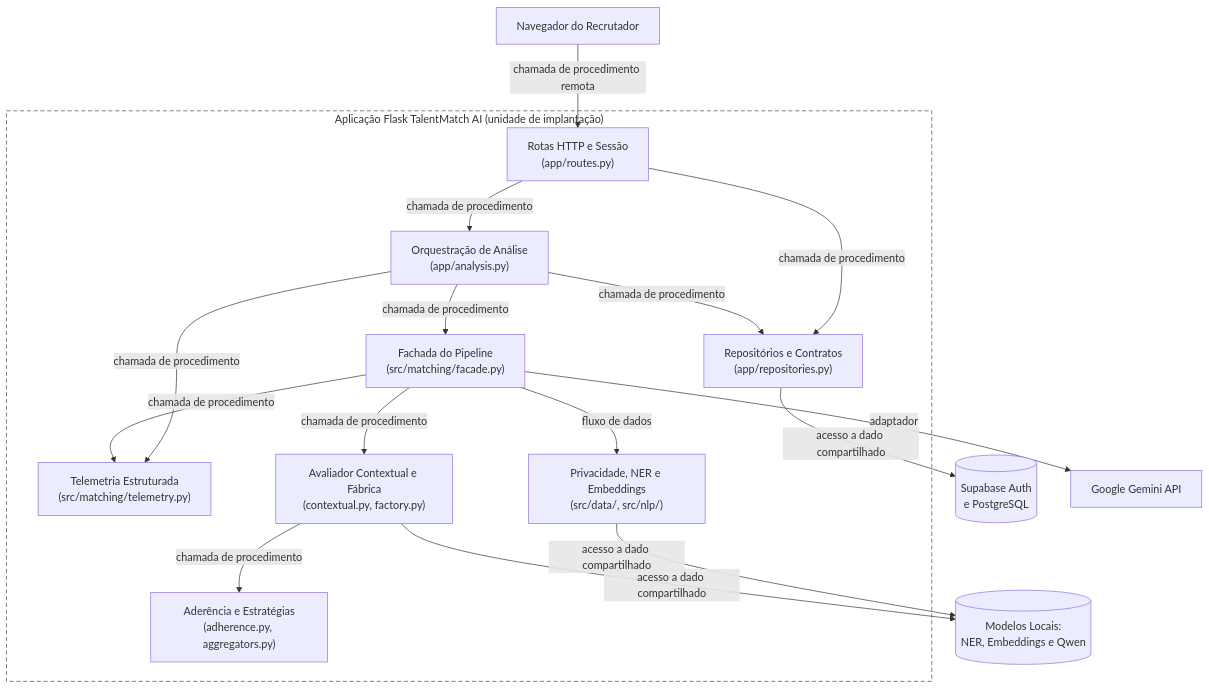
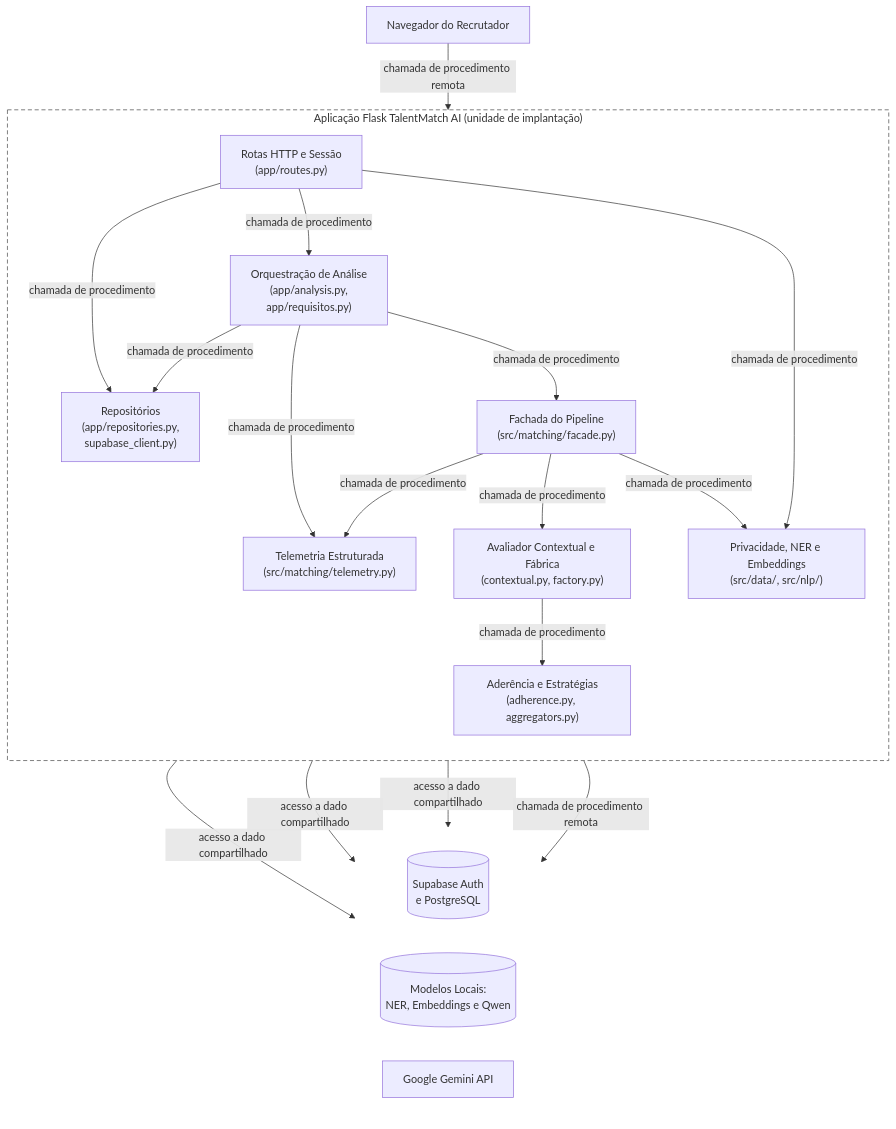
The diagram in diagrams/c4-componentes.mmd (Makezuko/SI-PI6-2026-T101-G04), drawn with Mermaid before and after one commit. The commit also changed 7 other files, not shown here.

Commit message:
docs(arquitetura): corrige C4 nível 2, diagramas GoF e conectores conforme revisão

```diff
--- a/diagrams/c4-componentes.mmd
+++ b/diagrams/c4-componentes.mmd
@@ -1,34 +1,43 @@
 flowchart TB
     nav["Navegador do Recrutador"]
 
     subgraph aplicacao["Aplicação Flask TalentMatch AI (unidade de implantação)"]
+        direction TB
         rotas["Rotas HTTP e Sessão<br/>(app/routes.py)"]
-        repos["Repositórios e Contratos<br/>(app/repositories.py)"]
-        analise["Orquestração de Análise<br/>(app/analysis.py)"]
+        repos["Repositórios<br/>(app/repositories.py,<br/>supabase_client.py)"]
+        analise["Orquestração de Análise<br/>(app/analysis.py,<br/>app/requisitos.py)"]
+        telemetria["Telemetria Estruturada<br/>(src/matching/telemetry.py)"]
         fachada["Fachada do Pipeline<br/>(src/matching/facade.py)"]
-        telemetria["Telemetria Estruturada<br/>(src/matching/telemetry.py)"]
+        contextual["Avaliador Contextual e Fábrica<br/>(contextual.py, factory.py)"]
         nlp_priv["Privacidade, NER e Embeddings<br/>(src/data/, src/nlp/)"]
-        contextual["Avaliador Contextual e Fábrica<br/>(contextual.py, factory.py)"]
         aderencia["Aderência e Estratégias<br/>(adherence.py, aggregators.py)"]
     end
 
-    supabase[("Supabase Auth<br/>e PostgreSQL")]
-    modelos[("Modelos Locais:<br/>NER, Embeddings e Qwen")]
-    gemini["Google Gemini API"]
+    subgraph externos[" "]
+        direction LR
+        supabase[("Supabase Auth<br/>e PostgreSQL")]
+        modelos[("Modelos Locais:<br/>NER, Embeddings e Qwen")]
+        gemini["Google Gemini API"]
+    end
 
     nav -->|"chamada de procedimento remota"| rotas
     rotas -->|"chamada de procedimento"| repos
     rotas -->|"chamada de procedimento"| analise
+    rotas -->|"chamada de procedimento"| nlp_priv
     analise -->|"chamada de procedimento"| repos
+    analise -->|"chamada de procedimento"| telemetria
     analise -->|"chamada de procedimento"| fachada
-    analise -->|"chamada de procedimento"| telemetria
     fachada -->|"chamada de procedimento"| telemetria
-    fachada -->|"fluxo de dados"| nlp_priv
     fachada -->|"chamada de procedimento"| contextual
+    fachada -->|"chamada de procedimento"| nlp_priv
     contextual -->|"chamada de procedimento"| aderencia
+
     repos -->|"acesso a dado compartilhado"| supabase
+    contextual -->|"acesso a dado compartilhado"| modelos
     nlp_priv -->|"acesso a dado compartilhado"| modelos
-    contextual -->|"acesso a dado compartilhado"| modelos
-    fachada -->|"adaptador"| gemini
+    fachada -->|"chamada de procedimento remota"| gemini
+
+    aderencia ~~~ modelos
 
     style aplicacao fill:#ffffff,stroke:#444444,stroke-dasharray: 6 4
+    style externos fill:none,stroke:none
```
